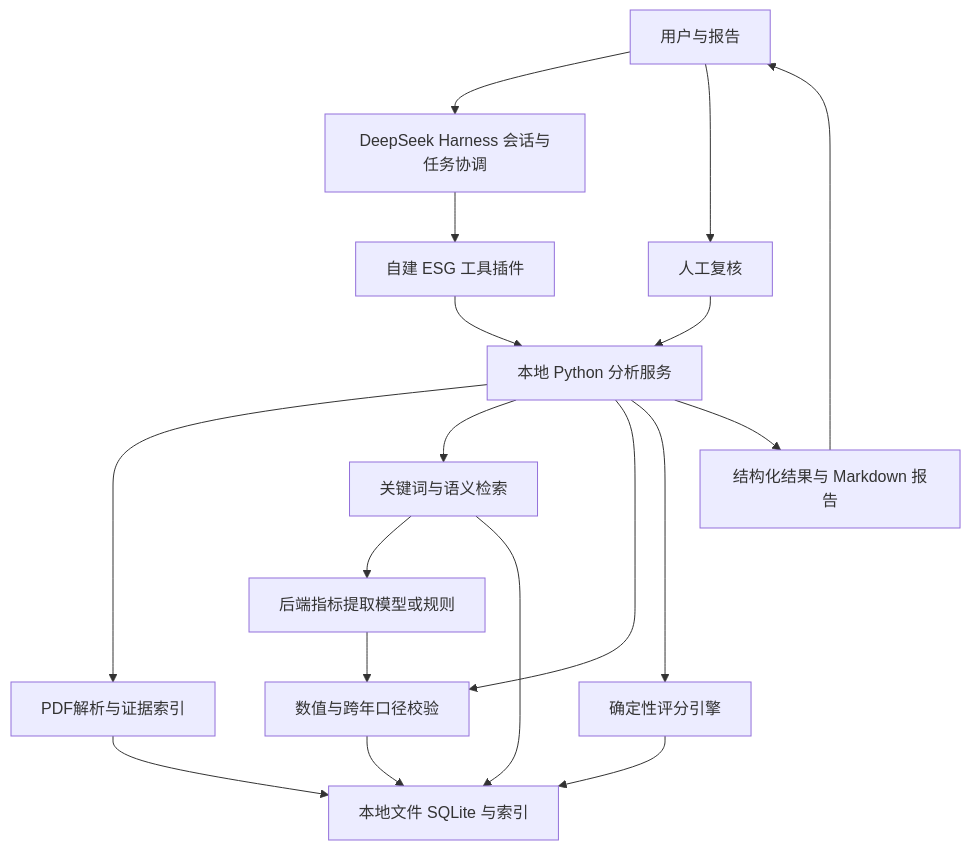
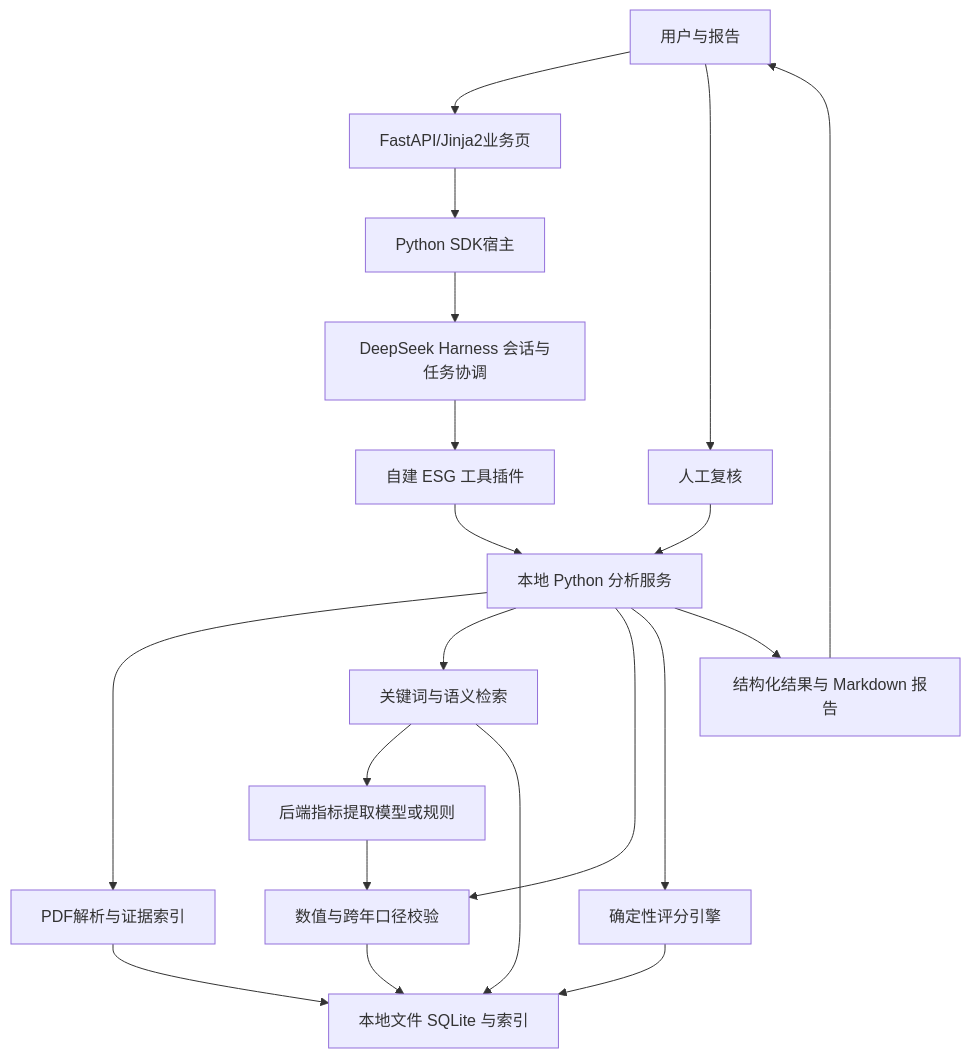
One commit to ank260610-star/esg-agent changed the diagram in 项目需求文档.md. Above: the diagram before and after it, drawn with Mermaid. The commit also changed other lines of this file and 6 other files, not shown here.

````diff
--- a/项目需求文档.md
+++ b/项目需求文档.md
@@ -231,20 +231,22 @@
 ```mermaid
 flowchart TD
-    U[用户与报告] --> H[DeepSeek Harness 会话与任务协调]
+    U[用户与报告] --> W[FastAPI/Jinja2业务页]
+    W --> K[Python SDK宿主]
+    K --> H[DeepSeek Harness 会话与任务协调]
     H --> P[自建 ESG 工具插件]
     P --> A[本地 Python 分析服务]
     A --> D[PDF解析与证据索引]
     A --> R[关键词与语义检索]
     R --> X[后端指标提取模型或规则]
     X --> V
     A --> V[数值与跨年口径校验]
     A --> S[确定性评分引擎]
     D --> L[本地文件 SQLite 与索引]
     R --> L
     V --> L
     S --> L
     A --> O[结构化结果与 Markdown 报告]
     O --> U
     U --> M[人工复核]
     M --> A
 ```
````
